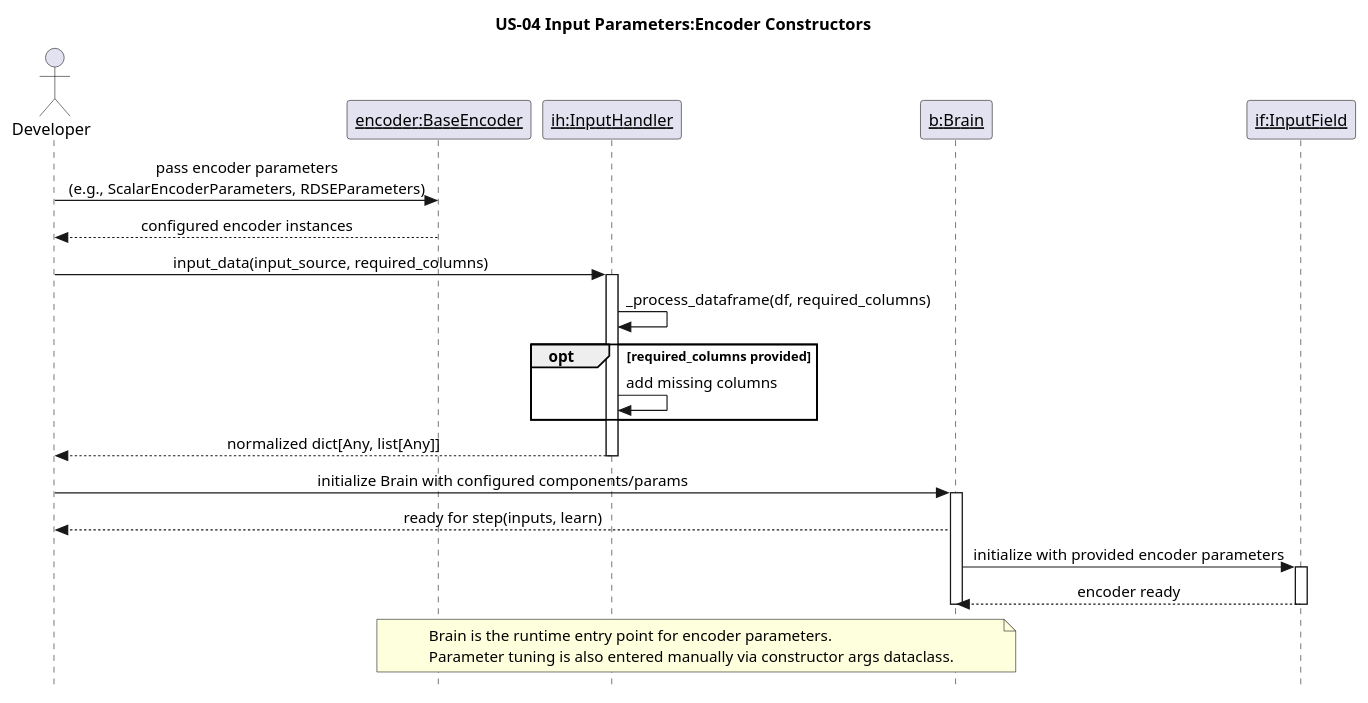
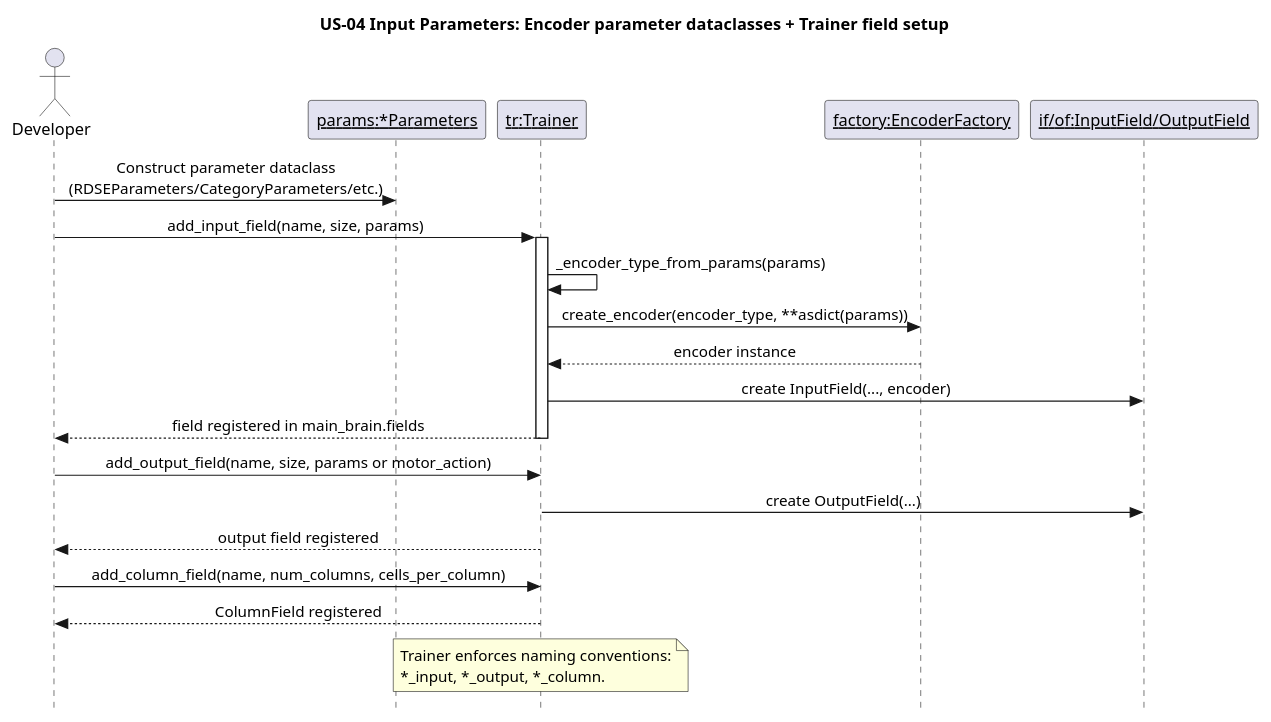
Before and after one commit to egrembocki/htmrl: the diagram in docs/puml/US/us-04.puml, drawn with PlantUML. The commit also changed 10 other files, not shown here.

Commit message:
Update US sequence diagrams to match current runtime code paths

```diff
--- a/docs/puml/US/us-04.puml
+++ b/docs/puml/US/us-04.puml
@@ -1,40 +1,35 @@
 @startuml
 skinparam style strictuml
 skinparam sequenceMessageAlign center
 skinparam responseMessageBelowArrow true
-title US-04 Input Parameters:Encoder Constructors
+
+title US-04 Input Parameters: Encoder parameter dataclasses + Trainer field setup
 
 actor Developer
-participant "<u>encoder:BaseEncoder</u>" as EC
-participant "<u>ih:InputHandler</u>" as IH
-participant "<u>b:Brain</u>" as B
-participant "<u>if:InputField</u>" as IFTS
+participant "<u>params:*Parameters</u>" as P
+participant "<u>tr:Trainer</u>" as TR
+participant "<u>factory:EncoderFactory</u>" as EF
+participant "<u>if/of:InputField/OutputField</u>" as F
 
-Developer -> EC: pass encoder parameters\n(e.g., ScalarEncoderParameters, RDSEParameters)
-EC --> Developer: configured encoder instances
+Developer -> P: Construct parameter dataclass\n(RDSEParameters/CategoryParameters/etc.)
+Developer -> TR: add_input_field(name, size, params)
+activate TR
+TR -> TR: _encoder_type_from_params(params)
+TR -> EF: create_encoder(encoder_type, **asdict(params))
+EF --> TR: encoder instance
+TR -> F: create InputField(..., encoder)
+TR --> Developer: field registered in main_brain.fields
+deactivate TR
 
-Developer -> IH: input_data(input_source, required_columns)
-activate IH
-IH -> IH: _process_dataframe(df, required_columns)
-opt required_columns provided
-  IH -> IH: add missing columns
-end
-IH --> Developer: normalized dict[Any, list[Any]]
-deactivate IH
+Developer -> TR: add_output_field(name, size, params or motor_action)
+TR -> F: create OutputField(...)
+TR --> Developer: output field registered
 
-Developer -> B: initialize Brain with configured components/params
-activate B
-B --> Developer: ready for step(inputs, learn)
+Developer -> TR: add_column_field(name, num_columns, cells_per_column)
+TR --> Developer: ColumnField registered
 
-B -> IFTS: initialize with provided encoder parameters
-activate IFTS
-IFTS --> B: encoder ready
-deactivate IFTS
-
-deactivate B
-
-note over EC,B
-Brain is the runtime entry point for encoder parameters.
-Parameter tuning is also entered manually via constructor args dataclass.
+note over TR
+Trainer enforces naming conventions:
+*_input, *_output, *_column.
 end note
 @enduml
```
